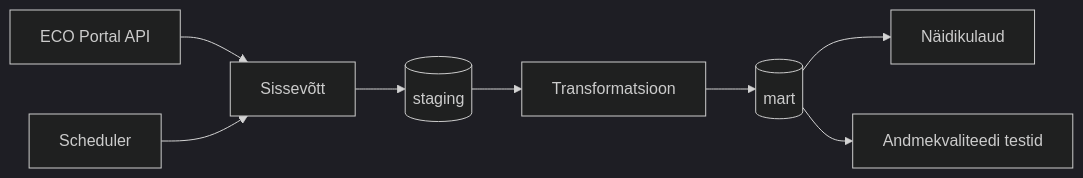
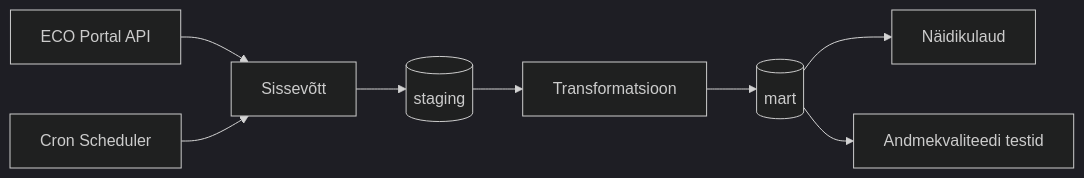
One commit to MMK-spec/eco-epd-data-pipeline changed the diagram in docs/arhitektuur.md. Above: the diagram before and after it, drawn with Mermaid (dark theme).

````diff
--- a/docs/arhitektuur.md
+++ b/docs/arhitektuur.md
@@ -24,10 +24,10 @@
 ```mermaid
 flowchart LR
     source[ECO Portal API]  --> ingest[Sissevõtt]
     ingest --> staging[(staging)]
     staging --> transform[Transformatsioon]
     transform --> mart[(mart)]
     mart --> dashboard[Näidikulaud]
     mart --> quality[Andmekvaliteedi testid]
-    scheduler[Scheduler] --> ingest
+    scheduler[Cron Scheduler] --> ingest
 ```
````
